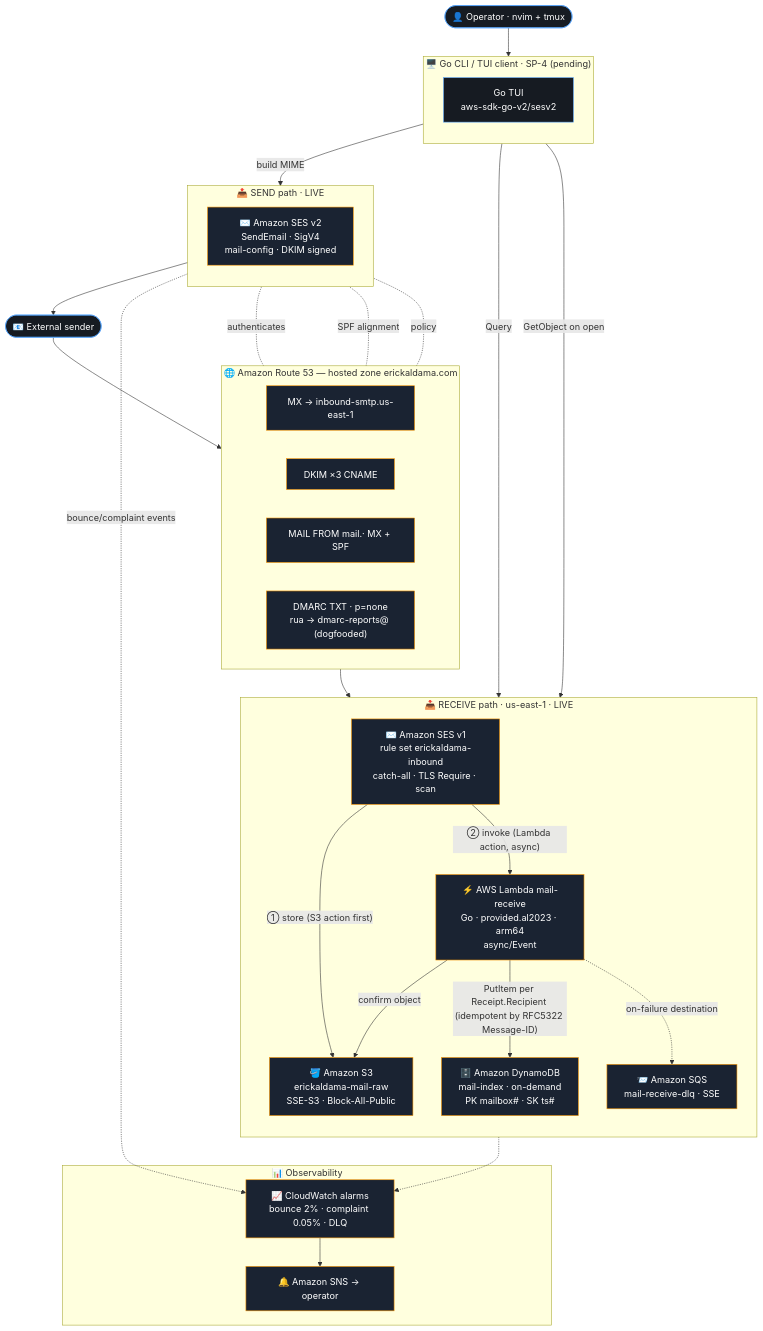
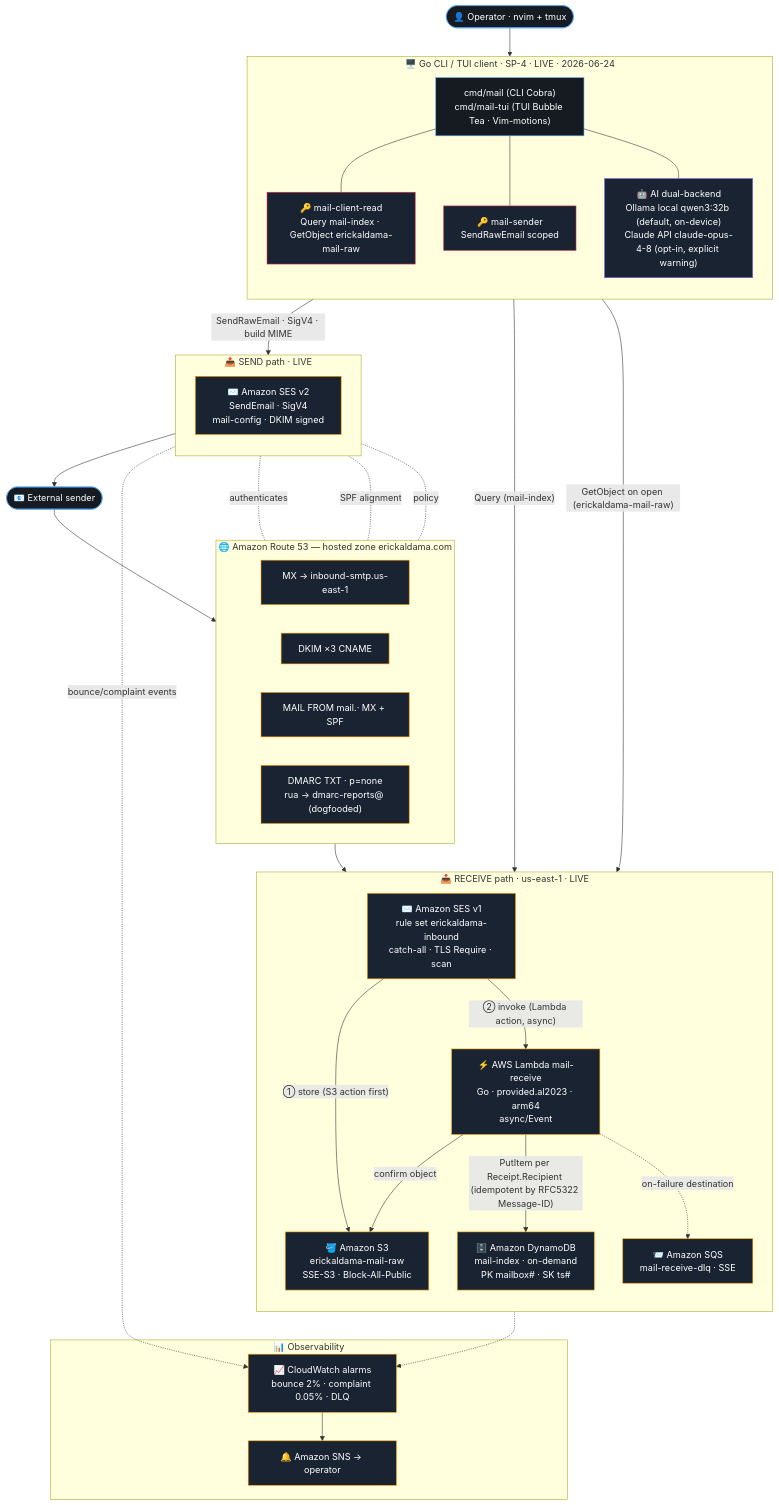
Before and after one commit to esaldgut/erickaldama-mail: the diagram in docs/architecture.md, drawn with Mermaid. The commit also changed other lines of this file and 2 other files, not shown here.

Commit message:
docs(sp-4): README + architecture + diagram — client closes the loop (LIVE)
SP-4 is live as of 2026-06-24: send→receive→read verified end-to-end against live AWS.
- README: SP-4 status → ✅ live; added client component block (cmd/mail + cmd/mail-tui,
  internal packages, two IAM users mail-client-read/mail-sender, AI dual-backend
  Ollama local qwen3:32b default / Claude API claude-opus-4-8 opt-in, ErrSandboxRecipient).
  Links to docs/SP-4-DEPLOY.md and CHANGELOG.md.
- docs/architecture.md: Mermaid diagram updated — client subgraph marked LIVE, IAM user
  nodes (mail-client-read, mail-sender), AI dual-backend node, new classDef styles;
  decisions table extended with 3 new rows.
- docs/diagrams/architecture_icons.py: IAM + Server nodes added, client cluster expanded
  with IAM users and AI backends (Ollama/Claude); PNG not regenerated (no venv — see
  docstring for regeneration command).

NDA gate: 0 hits on esagiosapp|yaan|roatech|MercadoPago|476114125529|288761749126|468227865963.

````diff
--- a/docs/architecture.md
+++ b/docs/architecture.md
@@ -12,64 +12,74 @@
 ```mermaid
 flowchart TB
     sender([📧 External sender])
     user([👤 Operator · nvim + tmux])
 
     subgraph dns["🌐 Amazon Route 53 — hosted zone erickaldama.com"]
         direction LR
         mx["MX → inbound-smtp.us-east-1"]
         dkim["DKIM ×3 CNAME"]
         mailfrom["MAIL FROM mail.· MX + SPF"]
         dmarc["DMARC TXT · p=none<br/>rua → dmarc-reports@ (dogfooded)"]
     end
 
     subgraph receive["📥 RECEIVE path · us-east-1 · LIVE"]
         direction TB
         ses_in["✉️ Amazon SES v1<br/>rule set erickaldama-inbound<br/>catch-all · TLS Require · scan"]
         s3["🪣 Amazon S3<br/>erickaldama-mail-raw<br/>SSE-S3 · Block-All-Public"]
         lambda["⚡ AWS Lambda mail-receive<br/>Go · provided.al2023 · arm64<br/>async/Event"]
         ddb["🗄️ Amazon DynamoDB<br/>mail-index · on-demand<br/>PK mailbox# · SK ts#"]
         dlq["📨 Amazon SQS<br/>mail-receive-dlq · SSE"]
     end
 
     subgraph send["📤 SEND path · LIVE"]
         direction TB
         ses_out["✉️ Amazon SES v2<br/>SendEmail · SigV4<br/>mail-config · DKIM signed"]
     end
 
-    subgraph client["🖥️ Go CLI / TUI client · SP-4 (pending)"]
+    subgraph client["🖥️ Go CLI / TUI client · SP-4 · LIVE · 2026-06-24"]
         direction TB
-        tui["Go TUI<br/>aws-sdk-go-v2/sesv2"]
+        tui["cmd/mail (CLI Cobra)<br/>cmd/mail-tui (TUI Bubble Tea · Vim-motions)"]
+        read_iam["🔑 mail-client-read<br/>Query mail-index · GetObject erickaldama-mail-raw"]
+        send_iam["🔑 mail-sender<br/>SendRawEmail scoped"]
+        ai["🤖 AI dual-backend<br/>Ollama local qwen3:32b (default, on-device)<br/>Claude API claude-opus-4-8 (opt-in, explicit warning)"]
     end
 
     subgraph obs["📊 Observability"]
         cw["📈 CloudWatch alarms<br/>bounce 2% · complaint 0.05% · DLQ"]
         sns["🔔 Amazon SNS → operator"]
     end
 
     sender --> mx
     mx --> ses_in
     ses_in -->|"① store (S3 action first)"| s3
     ses_in -->|"② invoke (Lambda action, async)"| lambda
     lambda -->|confirm object| s3
     lambda -->|"PutItem per Receipt.Recipient (idempotent by RFC5322 Message-ID)"| ddb
     lambda -.->|on-failure destination| dlq
 
-    tui -->|build MIME| ses_out
+    tui --- read_iam
+    tui --- send_iam
+    tui --- ai
+    read_iam -->|"Query (mail-index)"| ddb
+    read_iam -->|"GetObject on open (erickaldama-mail-raw)"| s3
+    send_iam -->|"SendRawEmail · SigV4 · build MIME"| ses_out
     ses_out --> sender
-    tui -->|"Query"| ddb
-    tui -->|"GetObject on open"| s3
     user --> tui
 
     ses_out -.->|bounce/complaint events| cw
     dlq -.-> cw
     cw --> sns
 
     dkim -.-|authenticates| ses_out
     mailfrom -.-|SPF alignment| ses_out
     dmarc -.-|policy| ses_out
 
     classDef aws fill:#1a2332,stroke:#ff9900,stroke-width:1px,color:#fff;
     classDef ext fill:#161b22,stroke:#58a6ff,stroke-width:1px,color:#fff;
+    classDef iam fill:#1a2332,stroke:#dd344c,stroke-width:1px,color:#fff;
+    classDef ai fill:#1a2332,stroke:#7b68ee,stroke-width:1px,color:#fff;
     class ses_in,s3,lambda,ddb,dlq,ses_out,cw,sns,mx,dkim,mailfrom,dmarc aws;
     class sender,user,tui ext;
+    class read_iam,send_iam iam;
+    class ai ai;
 ```
````
